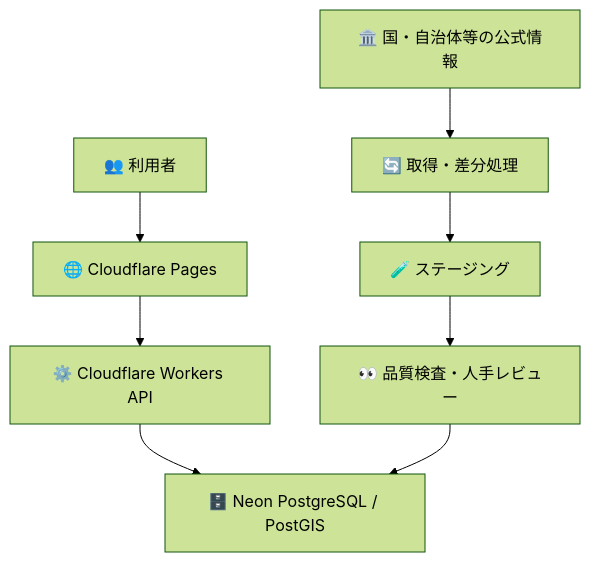
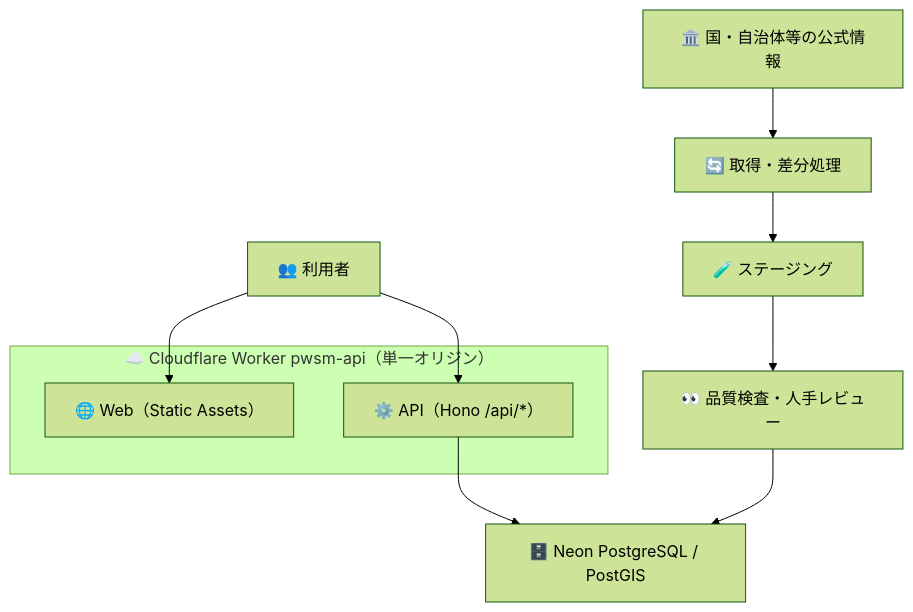
One commit to Kensan196948G/Public-Works-Stakeholder-Map changed the third of 8 diagrams in README.md. Above: the diagram before and after it, drawn with Mermaid (forest theme). The commit also changed other lines of this file and 4 other files, not shown here.

````diff
--- a/README.md
+++ b/README.md
@@ -127,10 +127,14 @@
 ```mermaid
 flowchart TB
-    U["👥 利用者"] --> WEB["🌐 Cloudflare Pages"]
-    WEB --> API["⚙️ Cloudflare Workers API"]
+    U["👥 利用者"] --> WEB
+    U --> API
+    subgraph WK ["☁️ Cloudflare Worker pwsm-api（単一オリジン）"]
+        WEB["🌐 Web（Static Assets）"]
+        API["⚙️ API（Hono /api/*）"]
+    end
     API --> DB["🗄️ Neon PostgreSQL / PostGIS"]
     SRC["🏛️ 国・自治体等の公式情報"] --> JOB["🔄 取得・差分処理"]
     JOB --> STG["🧪 ステージング"]
     STG --> REV["👀 品質検査・人手レビュー"]
     REV --> DB
 ```
````
